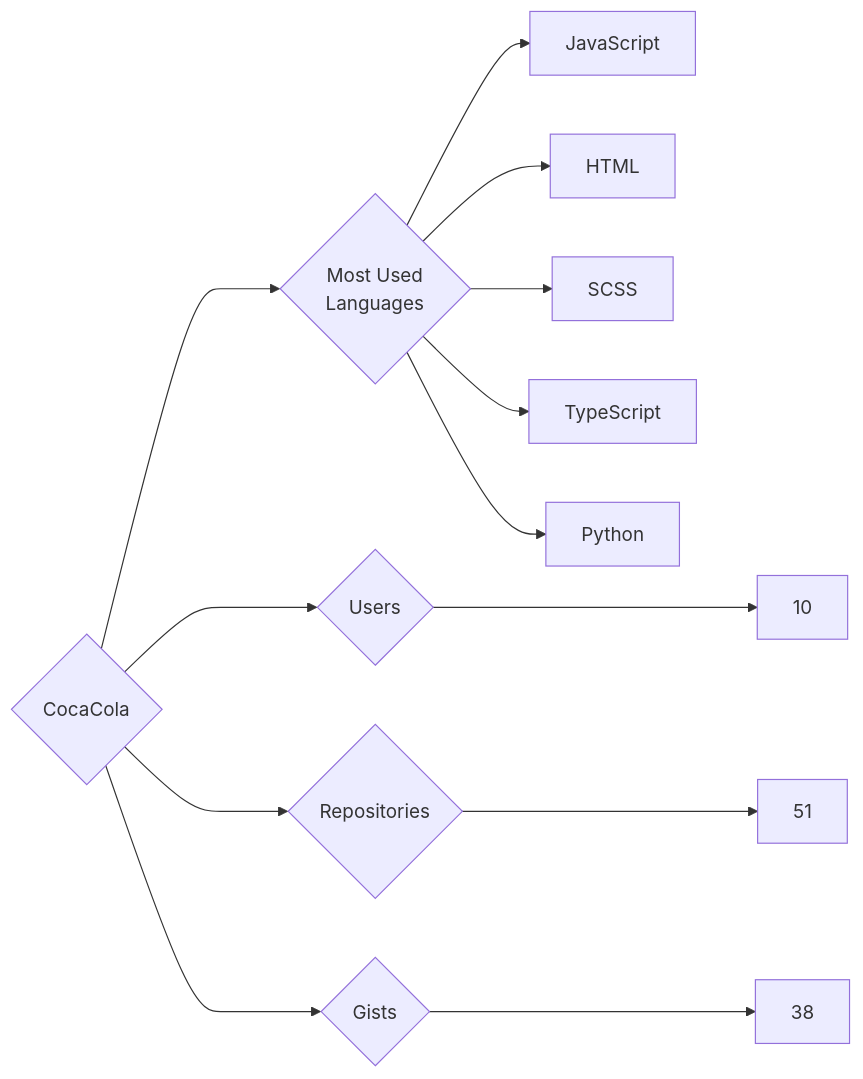
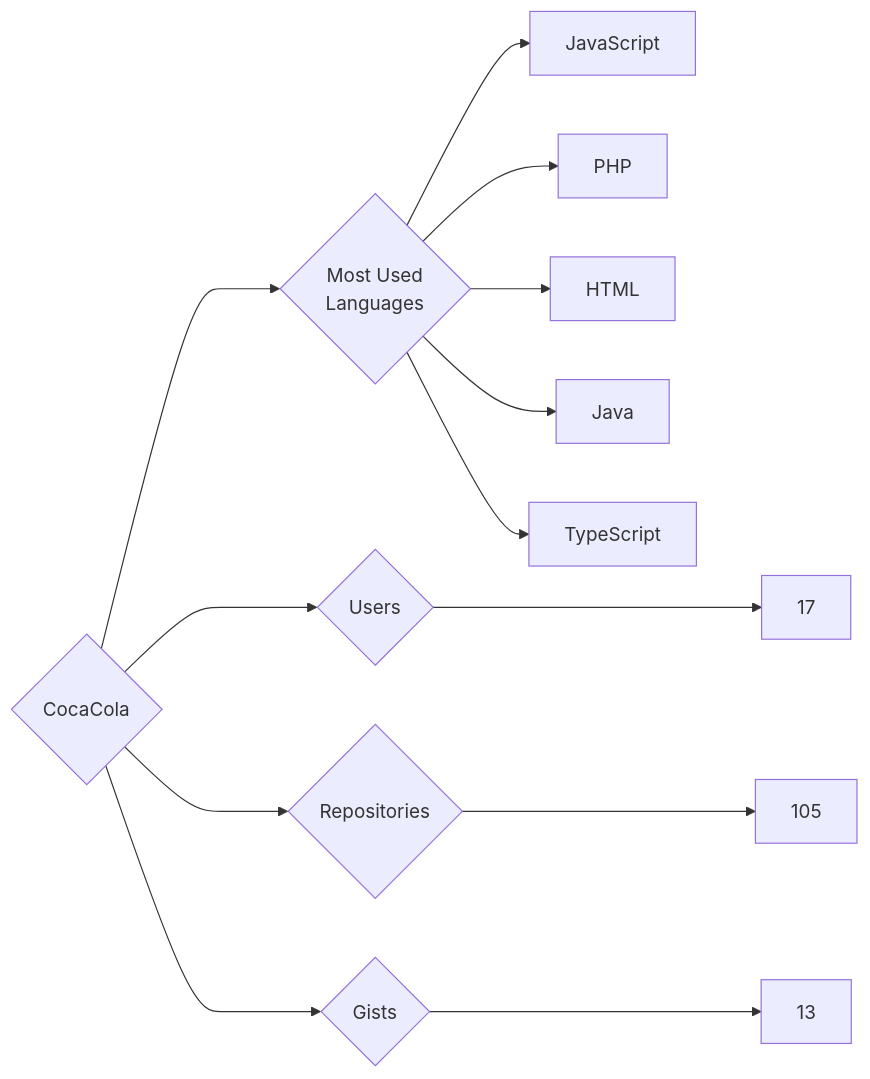
One commit to trickest/insiders changed the diagram in targets/CocaCola/README.md. Above: the diagram before and after it, drawn with Mermaid. The commit also changed 681 other files, not shown here.

````diff
--- a/targets/CocaCola/README.md
+++ b/targets/CocaCola/README.md
@@ -3,13 +3,13 @@
 ```mermaid
 graph LR
 COMPANY_NAME{CocaCola}
-COMPANY_NAME ---> U{Users} ---> UN[10]
-COMPANY_NAME ---> R{Repositories} ---> RN[51]
-COMPANY_NAME ---> G{Gists} ---> GN[38]
+COMPANY_NAME ---> U{Users} ---> UN[17]
+COMPANY_NAME ---> R{Repositories} ---> RN[105]
+COMPANY_NAME ---> G{Gists} ---> GN[13]
 COMPANY_NAME ---> ML{Most Used<br>Languages}
 ML --> JavaScript[JavaScript]
+ML --> PHP[PHP]
 ML --> HTML[HTML]
-ML --> SCSS[SCSS]
+ML --> Java[Java]
 ML --> TypeScript[TypeScript]
-ML --> Python[Python]
 ```
````
